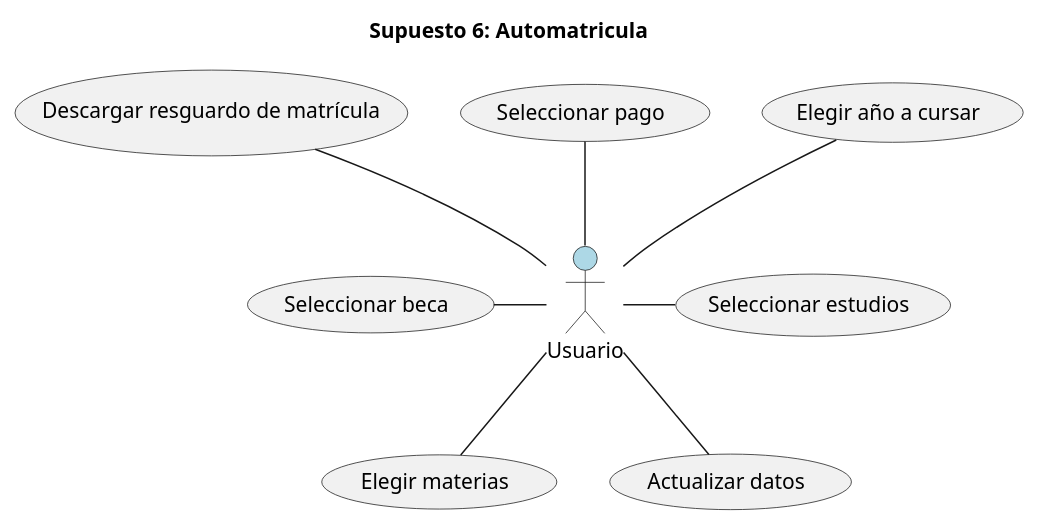
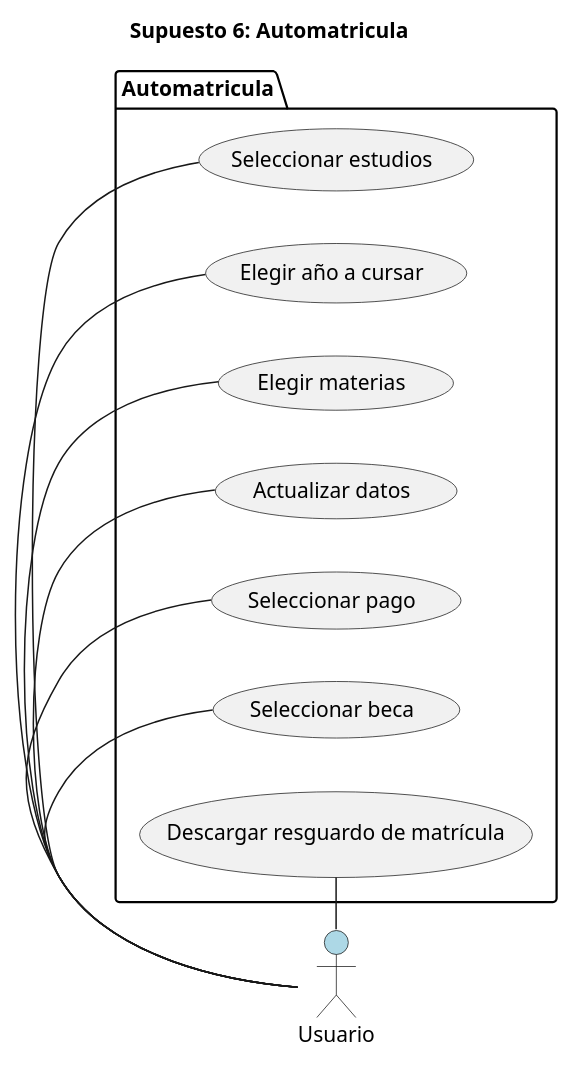
Before and after one commit to ags000/INRE-UAL-TURQUESA-2022: the diagram in lab0/src/automatricula.puml, drawn with PlantUML.

Commit message:
Automatricula

```diff
--- a/lab0/src/automatricula.puml
+++ b/lab0/src/automatricula.puml
@@ -1,24 +1,28 @@
 @startuml automatricula
 title Supuesto 6: Automatricula
-
+left to right direction
 actor Usuario #LightBlue
 
+package Automatricula {
 /'Casos de uso'/
 "Seleccionar estudios" as (SE)
 "Elegir año a cursar" as (EAC)
 "Elegir materias" as (EM)
 "Actualizar datos" as (AD)
 "Seleccionar beca" as (SB)
 "Seleccionar pago" as (SP)
 "Descargar resguardo de matrícula" as (DRM)
+}
+/'Relaciones casos de usos'/
 
-/'Relaciones casos de usos'/
-Usuario -right- (SE)
-Usuario -up- (EAC)
-Usuario -down- (EM)
-Usuario -down- (AD)
-Usuario -up- (SP)
-Usuario -left- (SB)
-Usuario -up- (DRM)
+
+Usuario - (SE)
+Usuario - (EAC)
+Usuario - (EM)
+Usuario - (AD)
+Usuario - (SP)
+Usuario - (SB)
+Usuario - (DRM)
+
 
 @enduml
```
